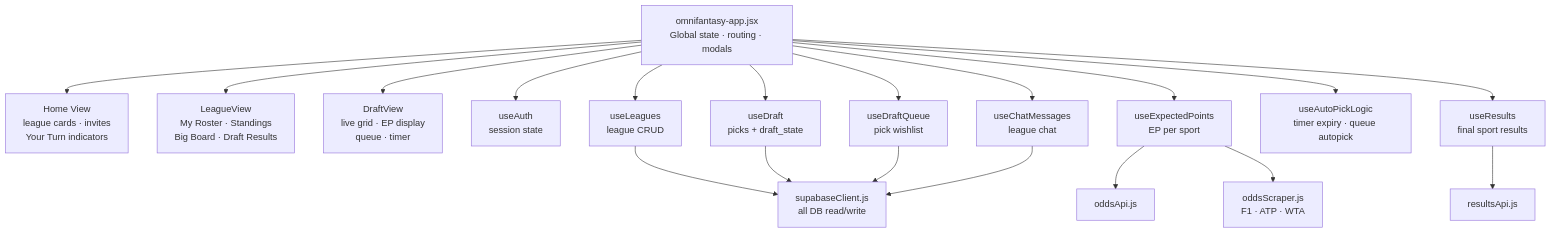
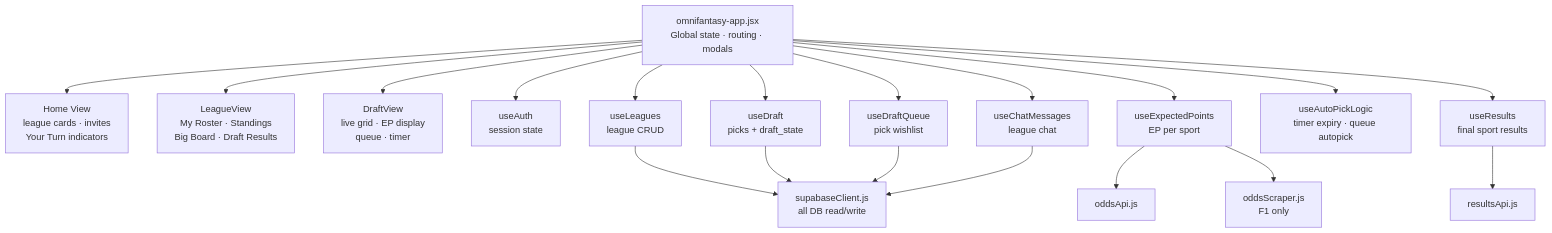
One commit to ayushm23/omnifantasy changed the second of 4 diagrams in docs/ARCHITECTURE.md. Above: the diagram before and after it, drawn with Mermaid. The commit also changed 1 other file, not shown here.

Commit message:
Update docs for March 2026 changes
EP_METHODOLOGY.md:
- P(top 8) = 12p with rationale
- Tennis now uses Odds API (4 slams); dead-zone fallback explained
- CACHE_VERSION = 11
- API budget updated (~19 calls, ~285 credits/month)
- GLOBAL_REGIONS_SPORTS updated to include Tennis

ARCHITECTURE.md:
- oddsScraper label updated to F1 only

````diff
--- a/docs/ARCHITECTURE.md
+++ b/docs/ARCHITECTURE.md
@@ -30,26 +30,26 @@
 ```mermaid
 graph TB
     App[omnifantasy-app.jsx\nGlobal state · routing · modals]
 
     App --> HomeV[Home View\nleague cards · invites\nYour Turn indicators]
     App --> LeagueV[LeagueView\nMy Roster · Standings\nBig Board · Draft Results]
     App --> DraftV[DraftView\nlive grid · EP display\nqueue · timer]
 
     App --> useAuth[useAuth\nsession state]
     App --> useLeagues[useLeagues\nleague CRUD]
     App --> useDraft[useDraft\npicks + draft_state]
     App --> useEP[useExpectedPoints\nEP per sport]
     App --> useResults[useResults\nfinal sport results]
     App --> useQueue[useDraftQueue\npick wishlist]
     App --> useAutoP[useAutoPickLogic\ntimer expiry · queue autopick]
     App --> useChat[useChatMessages\nleague chat]
 
     useLeagues --> supabaseClient[supabaseClient.js\nall DB read/write]
     useDraft --> supabaseClient
     useQueue --> supabaseClient
     useChat --> supabaseClient
 
     useEP --> oddsApi[oddsApi.js]
-    useEP --> oddsScraper[oddsScraper.js\nF1 · ATP · WTA]
+    useEP --> oddsScraper[oddsScraper.js\nF1 only]
     useResults --> resultsApi[resultsApi.js]
 ```
````
